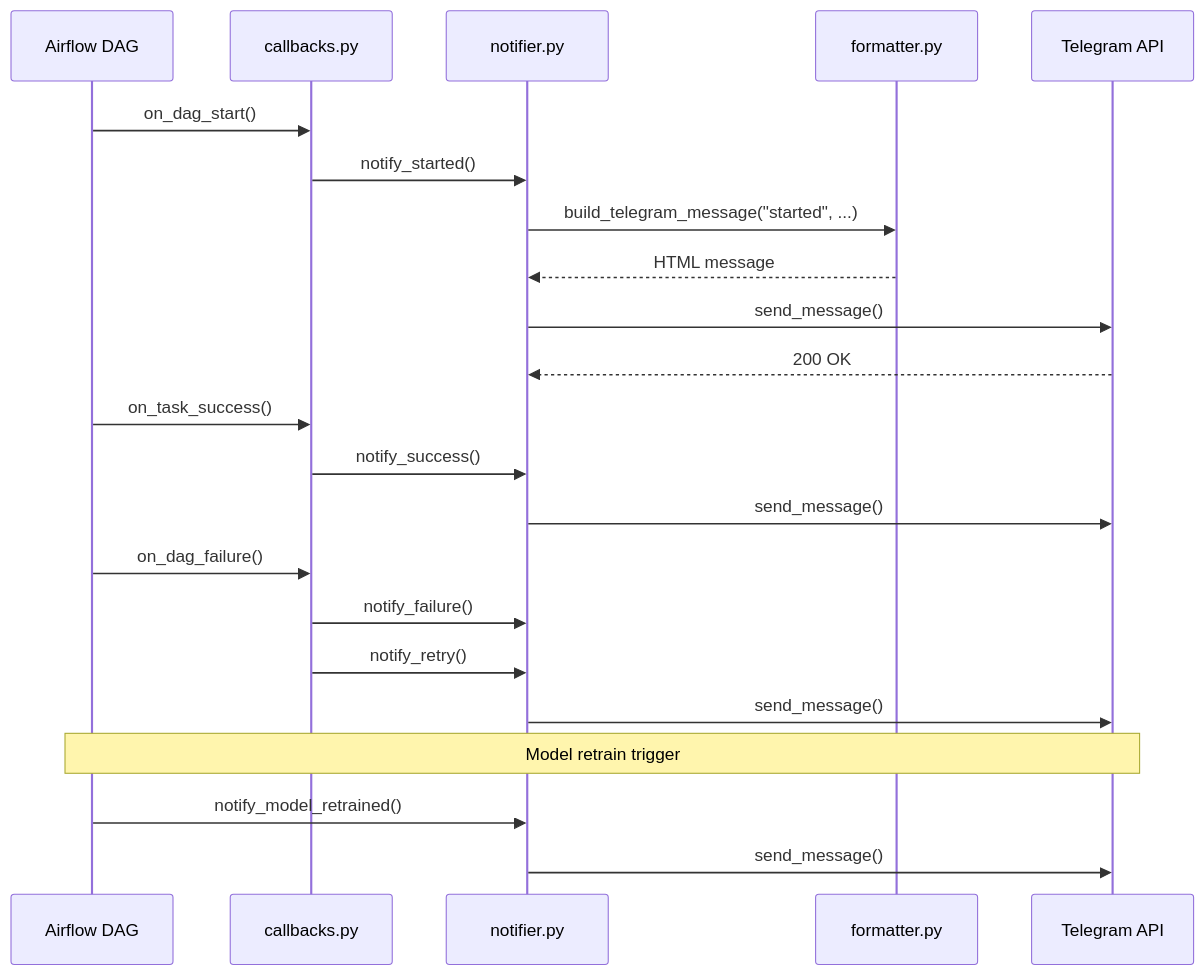
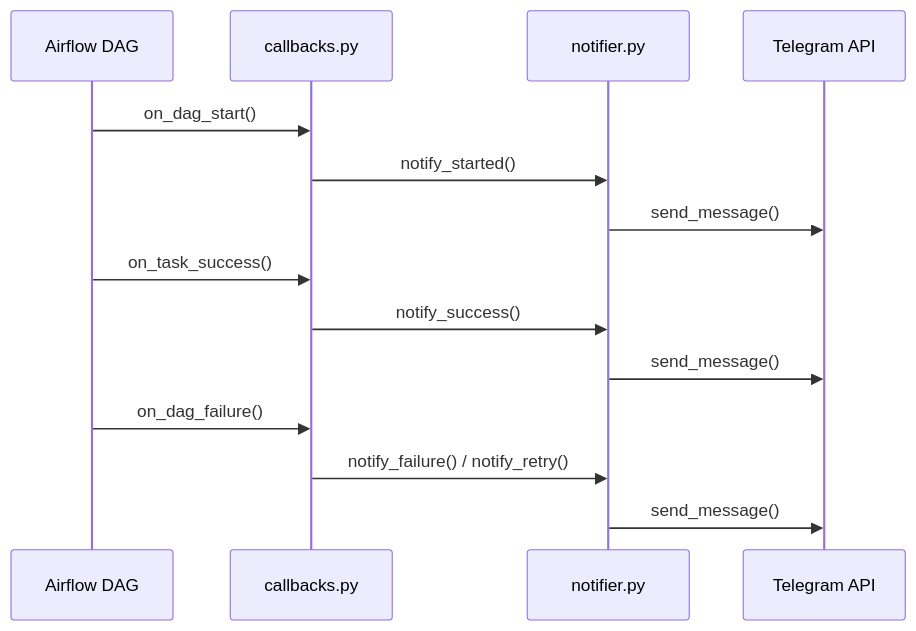
The fifth of 6 diagrams in docs/ARCHITECTURE.md (Ziad-wael-hassan/DataCo_Supply_Chain), drawn with Mermaid before and after one commit. The commit also changed other lines of this file and 1 other file, not shown here.

````diff
--- a/docs/ARCHITECTURE.md
+++ b/docs/ARCHITECTURE.md
@@ -548,28 +403,19 @@
 ```mermaid
 sequenceDiagram
     participant DAG as Airflow DAG
     participant CB as callbacks.py
     participant NM as notifier.py
-    participant FM as formatter.py
     participant TG as Telegram API
 
     DAG->>CB: on_dag_start()
     CB->>NM: notify_started()
-    NM->>FM: build_telegram_message("started", ...)
-    FM-->>NM: HTML message
     NM->>TG: send_message()
-    TG-->>NM: 200 OK
 
     DAG->>CB: on_task_success()
     CB->>NM: notify_success()
     NM->>TG: send_message()
 
     DAG->>CB: on_dag_failure()
-    CB->>NM: notify_failure()
-    CB->>NM: notify_retry()
-    NM->>TG: send_message()
-
-    Note over DAG,TG: Model retrain trigger
-    DAG->>NM: notify_model_retrained()
+    CB->>NM: notify_failure() / notify_retry()
     NM->>TG: send_message()
 ```
````
